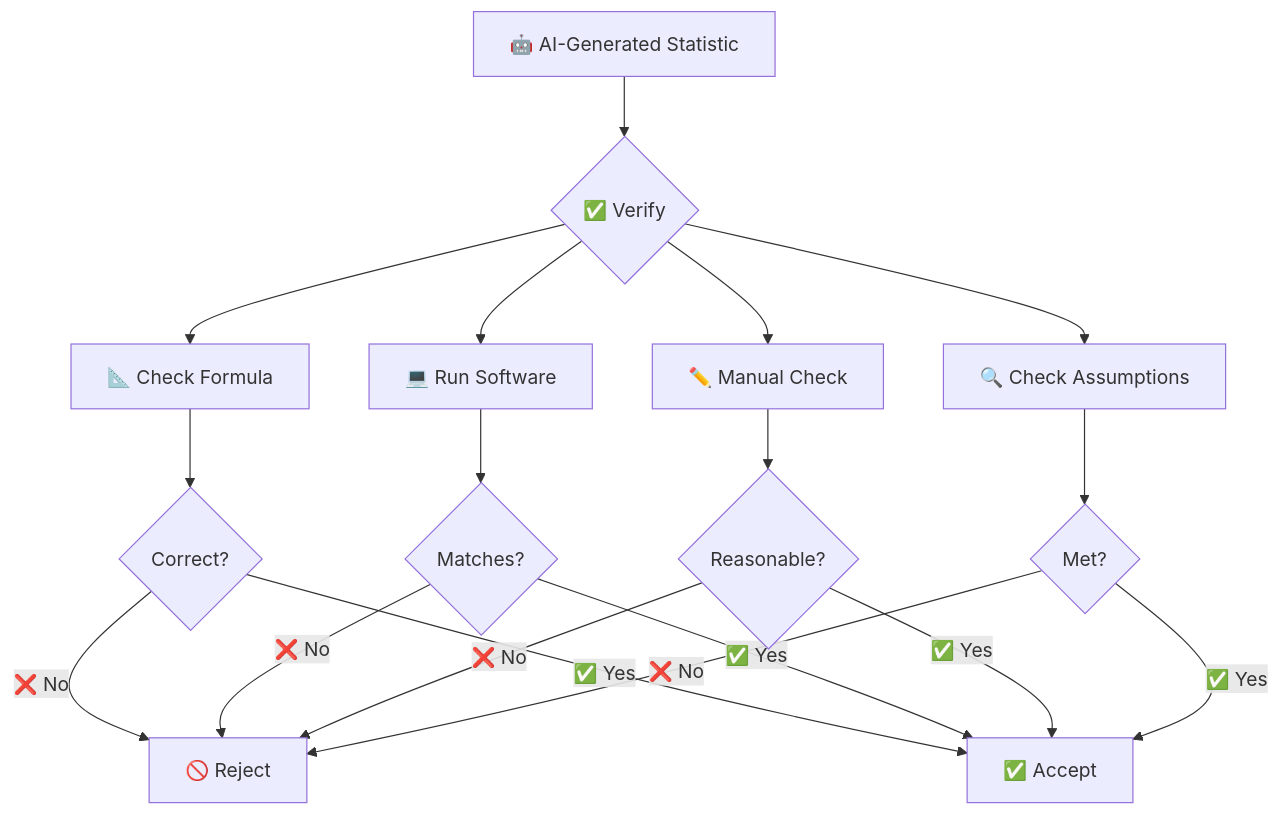
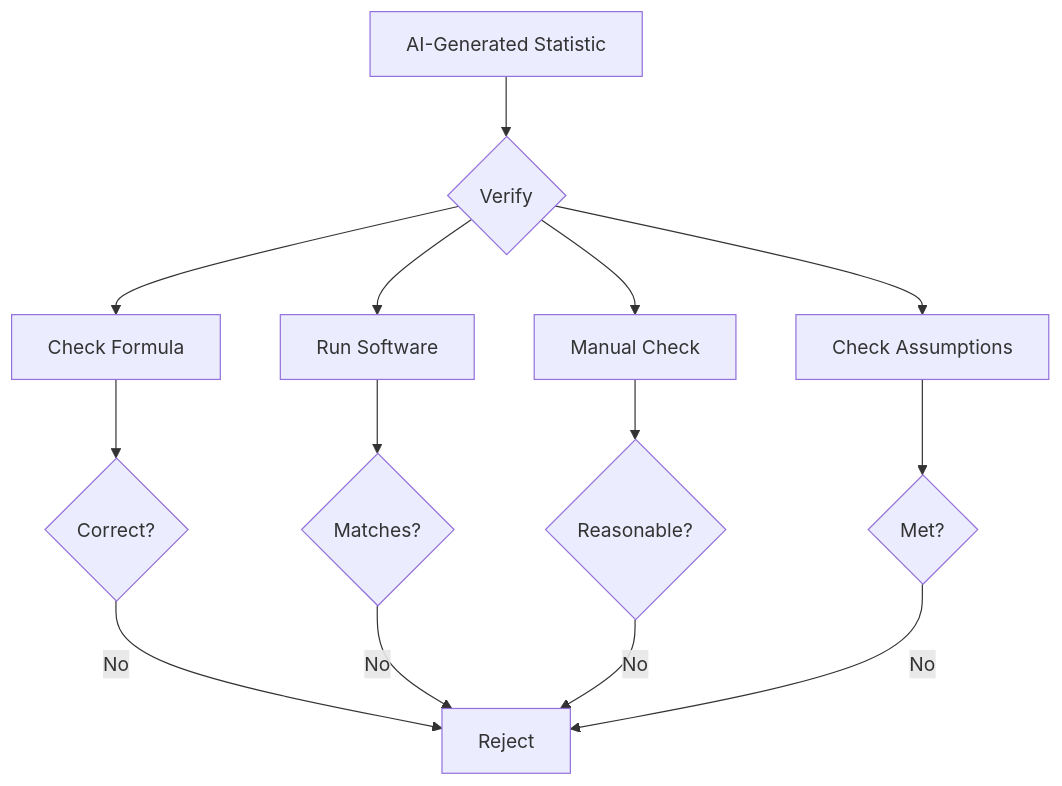
The tenth of 10 diagrams in 02-central-tendency.md (muhammadsalek/statistics-for-scientists), drawn with Mermaid before and after one commit. The commit also changed other lines of this file, not shown here.

````diff
--- a/02-central-tendency.md
+++ b/02-central-tendency.md
@@ -2624,20 +1355,16 @@
 ```mermaid
 flowchart TD
-    A["🤖 AI-Generated Statistic"] --> B{"✅ Verify"}
-    B --> C["📐 Check Formula"]
-    B --> D["💻 Run Software"]
-    B --> E["✏️ Manual Check"]
-    B --> F["🔍 Check Assumptions"]
-    C --> G{"Correct?"}
-    D --> H{"Matches?"}
-    E --> I{"Reasonable?"}
-    F --> J{"Met?"}
-    G -->|"❌ No"| K["🚫 Reject"]
-    H -->|"❌ No"| K
-    I -->|"❌ No"| K
-    J -->|"❌ No"| K
-    G -->|"✅ Yes"| L["✅ Accept"]
-    H -->|"✅ Yes"| L
-    I -->|"✅ Yes"| L
-    J -->|"✅ Yes"| L
+    A[AI-Generated Statistic] --> B{Verify}
+    B --> C[Check Formula]
+    B --> D[Run Software]
+    B --> E[Manual Check]
+    B --> F[Check Assumptions]
+    C --> G{Correct?}
+    D --> H{Matches?}
+    E --> I{Reasonable?}
+    F --> J{Met?}
+    G -->|No| K[Reject]
+    H -->|No| K
+    I -->|No| K
+    J -->|No| K
 ```
````
